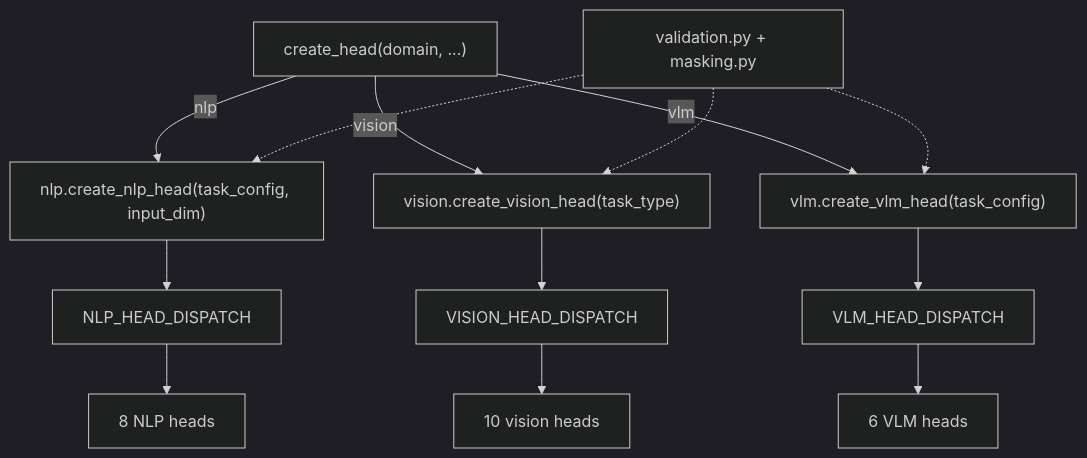
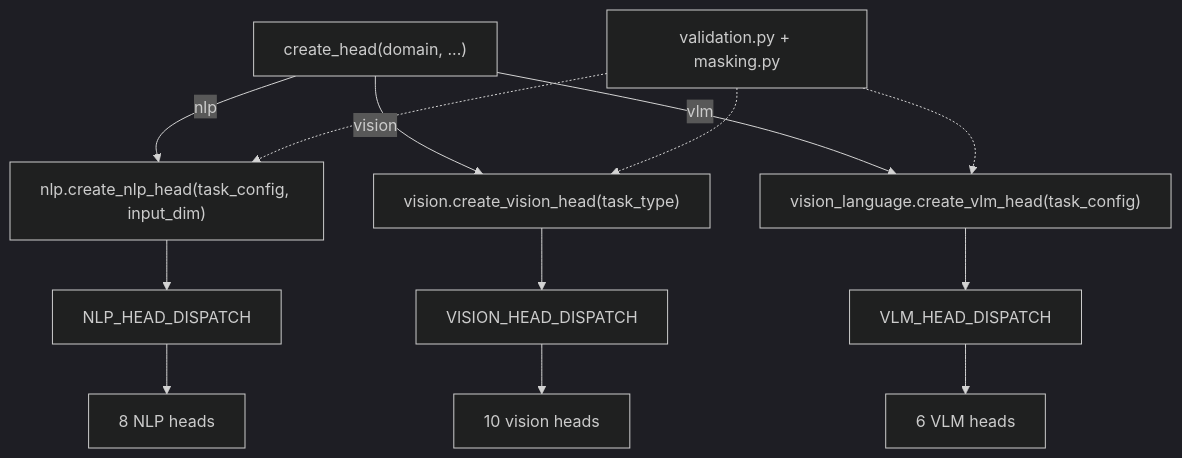
Before and after one commit to NikolasMarkou/dl_techniques: the diagram in src/dl_techniques/layers/heads/README.md, drawn with Mermaid (dark theme). The commit also changed other lines of this file and 51 other files, not shown here.

First line of the commit message:
heads: rename the vlm package to vision_language

````diff
--- a/src/dl_techniques/layers/heads/README.md
+++ b/src/dl_techniques/layers/heads/README.md
@@ -13,15 +13,15 @@
 ```mermaid
 flowchart TD
     CH["create_head(domain, ...)"] -->|nlp| NF["nlp.create_nlp_head(task_config, input_dim)"]
     CH -->|vision| VF["vision.create_vision_head(task_type)"]
-    CH -->|vlm| LF["vlm.create_vlm_head(task_config)"]
+    CH -->|vlm| LF["vision_language.create_vlm_head(task_config)"]
     NF --> NT["NLP_HEAD_DISPATCH"]
     VF --> VT["VISION_HEAD_DISPATCH"]
     LF --> LT["VLM_HEAD_DISPATCH"]
     NT --> NH["8 NLP heads"]
     VT --> VH["10 vision heads"]
     LT --> LH["6 VLM heads"]
     V["validation.py + masking.py"] -.-> NF
     V -.-> VF
     V -.-> LF
 ```
````
